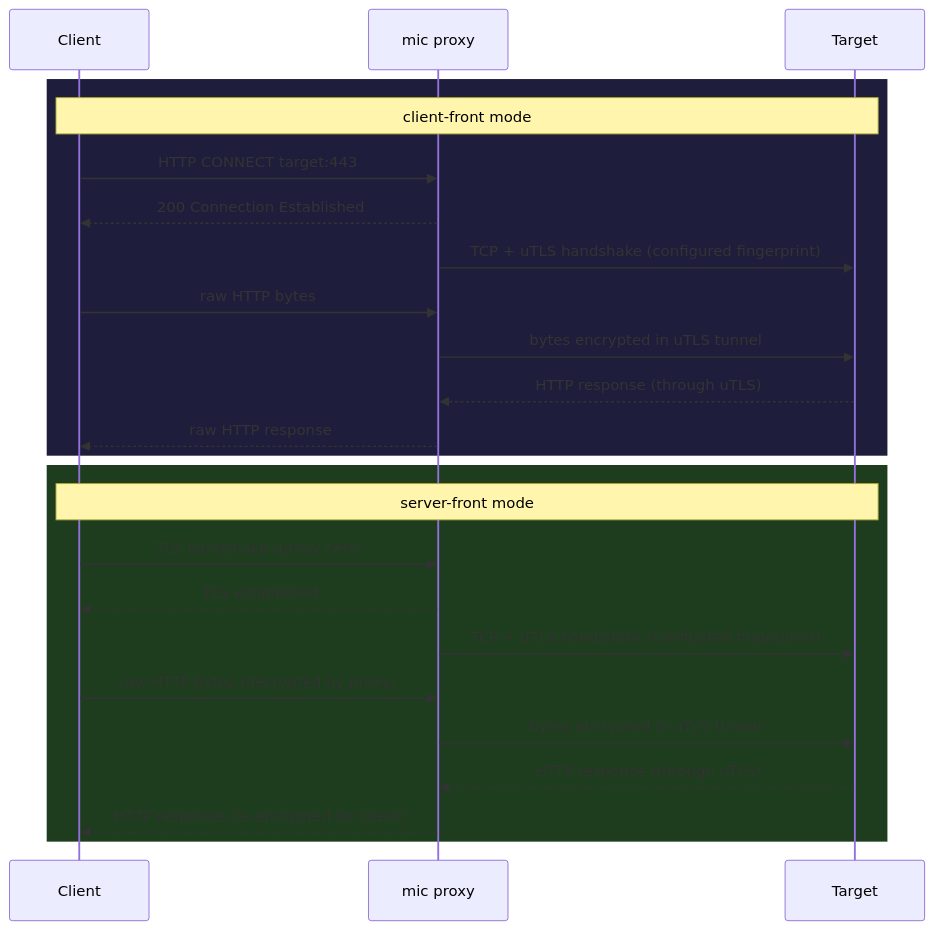
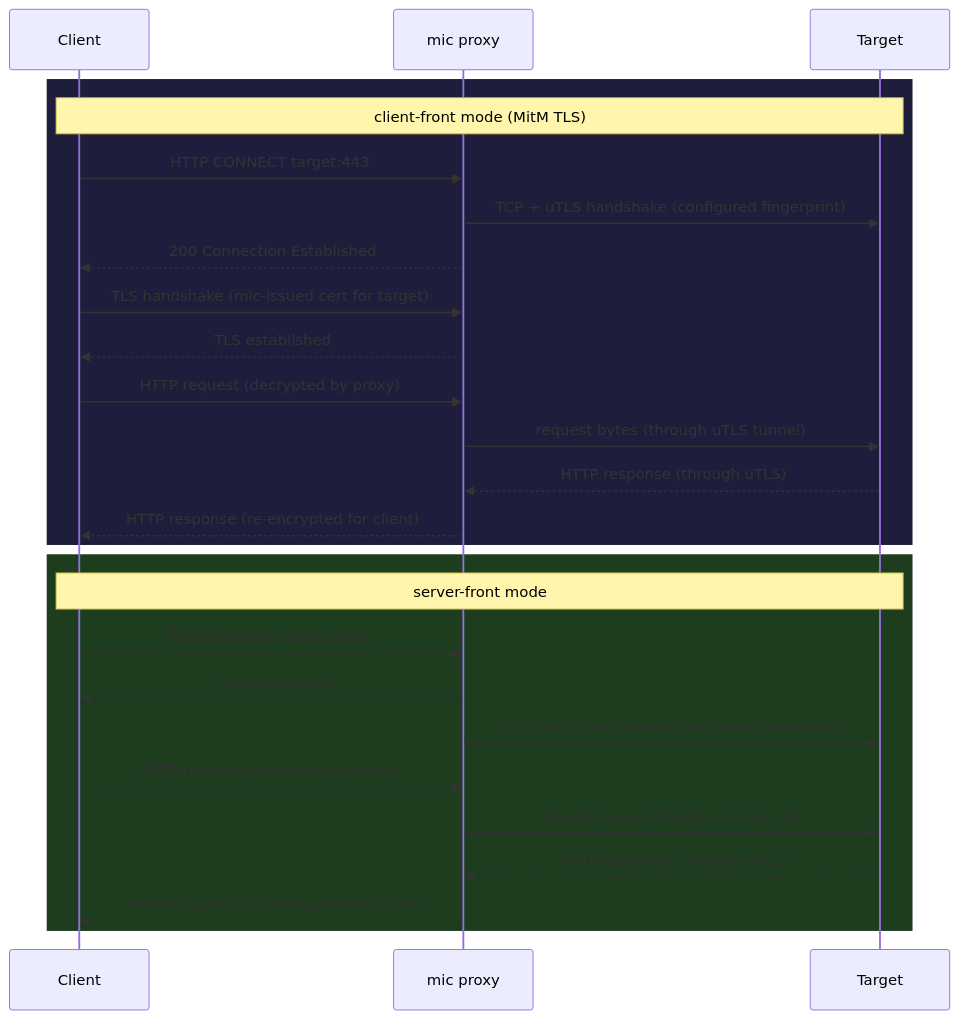
The diagram in README.md (djnnvx/mic), drawn with Mermaid before and after one commit. The commit also changed other lines of this file and 11 other files, not shown here.

Commit message:
fix(proxy): utls termination on HTTP/2

````diff
--- a/README.md
+++ b/README.md
@@ -20,28 +22,30 @@
 ```mermaid
 sequenceDiagram
     participant C as Client
     participant P as mic proxy
     participant T as Target
 
     rect rgb(30, 30, 60)
-        note over C,T: client-front mode
+        note over C,T: client-front mode (MitM TLS)
         C->>P: HTTP CONNECT target:443
+        P->>T: TCP + uTLS handshake (configured fingerprint)
         P-->>C: 200 Connection Established
-        P->>T: TCP + uTLS handshake (configured fingerprint)
-        C->>P: raw HTTP bytes
-        P->>T: bytes encrypted in uTLS tunnel
+        C->>P: TLS handshake (mic-issued cert for target)
+        P-->>C: TLS established
+        C->>P: HTTP request (decrypted by proxy)
+        P->>T: request bytes (through uTLS tunnel)
         T-->>P: HTTP response (through uTLS)
-        P-->>C: raw HTTP response
+        P-->>C: HTTP response (re-encrypted for client)
     end
 
     rect rgb(30, 60, 30)
         note over C,T: server-front mode
         C->>P: TLS handshake (proxy cert)
         P-->>C: TLS established
         P->>T: TCP + uTLS handshake (configured fingerprint)
-        C->>P: raw HTTP bytes (decrypted by proxy)
-        P->>T: bytes encrypted in uTLS tunnel
+        C->>P: HTTP request (decrypted by proxy)
+        P->>T: request bytes (through uTLS tunnel)
         T-->>P: HTTP response (through uTLS)
         P-->>C: HTTP response (re-encrypted for client)
     end
 ```
````
